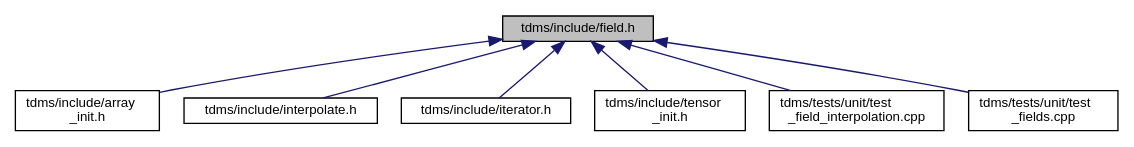
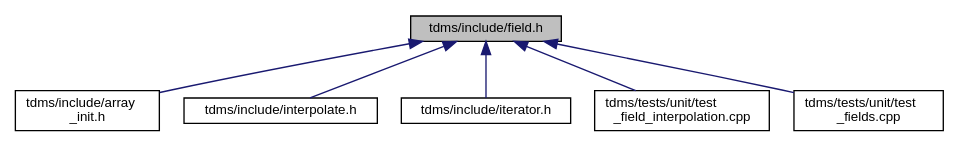
Before and after one commit to UCL/TDMS: the diagram in field_8h__dep__incl.dot, drawn with Graphviz. The commit also changed 74 other files, not shown here.

```diff
--- a/field_8h__dep__incl.dot
+++ b/field_8h__dep__incl.dot
@@ -1,19 +1,17 @@
 digraph "tdms/include/field.h"
 {
  // LATEX_PDF_SIZE
   edge [fontname="Helvetica",fontsize="10",labelfontname="Helvetica",labelfontsize="10"];
   node [fontname="Helvetica",fontsize="10",shape=record];
   Node1 [label="tdms/include/field.h",height=0.2,width=0.4,color="black", fillcolor="grey75", style="filled", fontcolor="black",tooltip="Classes for the electric and magnetic (split) fields on a grid."];
   Node1 -> Node2 [dir="back",color="midnightblue",fontsize="10",style="solid",fontname="Helvetica"];
   Node2 [label="tdms/include/array\l_init.h",height=0.2,width=0.4,color="black", fillcolor="white", style="filled",URL="$array__init_8h.html",tooltip="A collection of functions for array initialisation given MATLAB pointers."];
   Node1 -> Node3 [dir="back",color="midnightblue",fontsize="10",style="solid",fontname="Helvetica"];
   Node3 [label="tdms/include/interpolate.h",height=0.2,width=0.4,color="black", fillcolor="white", style="filled",URL="$interpolate_8h.html",tooltip="Interpolation of field values within FDTD grid."];
   Node1 -> Node4 [dir="back",color="midnightblue",fontsize="10",style="solid",fontname="Helvetica"];
   Node4 [label="tdms/include/iterator.h",height=0.2,width=0.4,color="black", fillcolor="white", style="filled",URL="$iterator_8h.html",tooltip="The main time propogation algorithm."];
   Node1 -> Node5 [dir="back",color="midnightblue",fontsize="10",style="solid",fontname="Helvetica"];
-  Node5 [label="tdms/include/tensor\l_init.h",height=0.2,width=0.4,color="black", fillcolor="white", style="filled",URL="$tensor__init_8h_source.html",tooltip=" "];
+  Node5 [label="tdms/tests/unit/test\l_field_interpolation.cpp",height=0.2,width=0.4,color="black", fillcolor="white", style="filled",URL="$test__field__interpolation_8cpp.html",tooltip="Tests interpolation of E- and H-fields and compares the errors against MATLAB benchmarks."];
   Node1 -> Node6 [dir="back",color="midnightblue",fontsize="10",style="solid",fontname="Helvetica"];
-  Node6 [label="tdms/tests/unit/test\l_field_interpolation.cpp",height=0.2,width=0.4,color="black", fillcolor="white", style="filled",URL="$test__field__interpolation_8cpp.html",tooltip="Tests interpolation of E- and H-fields and compares the errors against MATLAB benchmarks."];
-  Node1 -> Node7 [dir="back",color="midnightblue",fontsize="10",style="solid",fontname="Helvetica"];
-  Node7 [label="tdms/tests/unit/test\l_fields.cpp",height=0.2,width=0.4,color="black", fillcolor="white", style="filled",URL="$test__fields_8cpp.html",tooltip="Test of the Field class and subclasses."];
+  Node6 [label="tdms/tests/unit/test\l_fields.cpp",height=0.2,width=0.4,color="black", fillcolor="white", style="filled",URL="$test__fields_8cpp.html",tooltip="Test of the Field class and subclasses."];
 }
```
